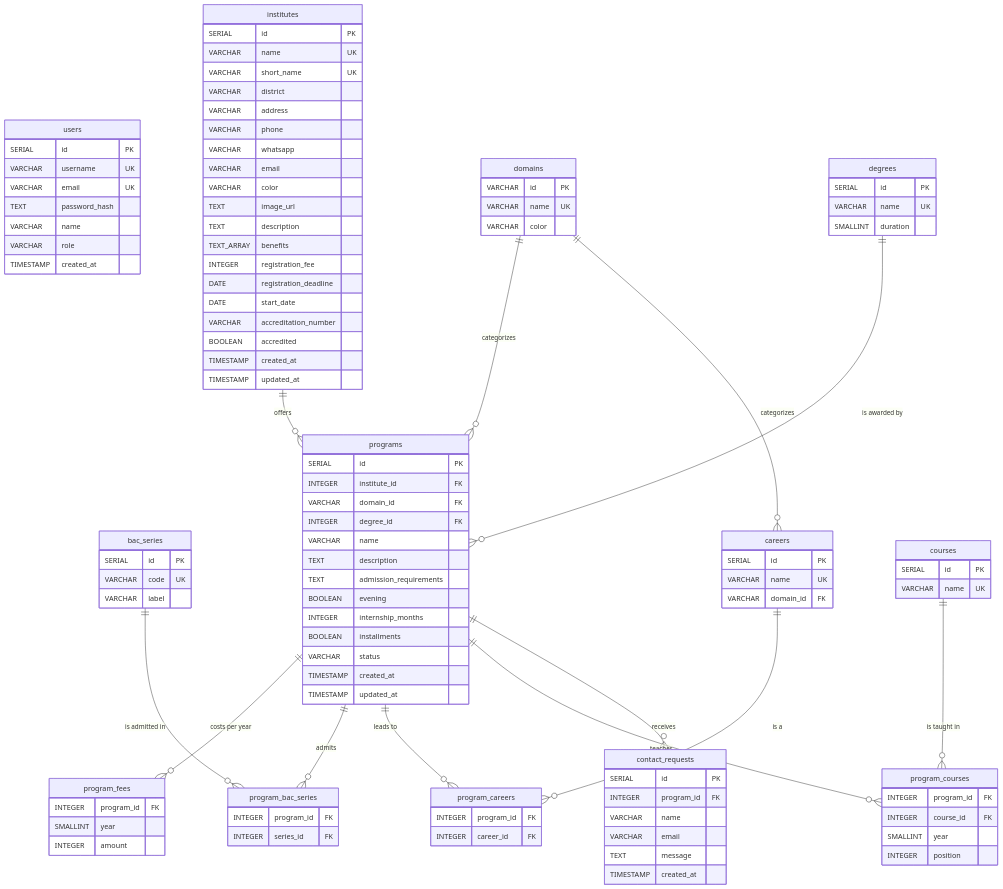
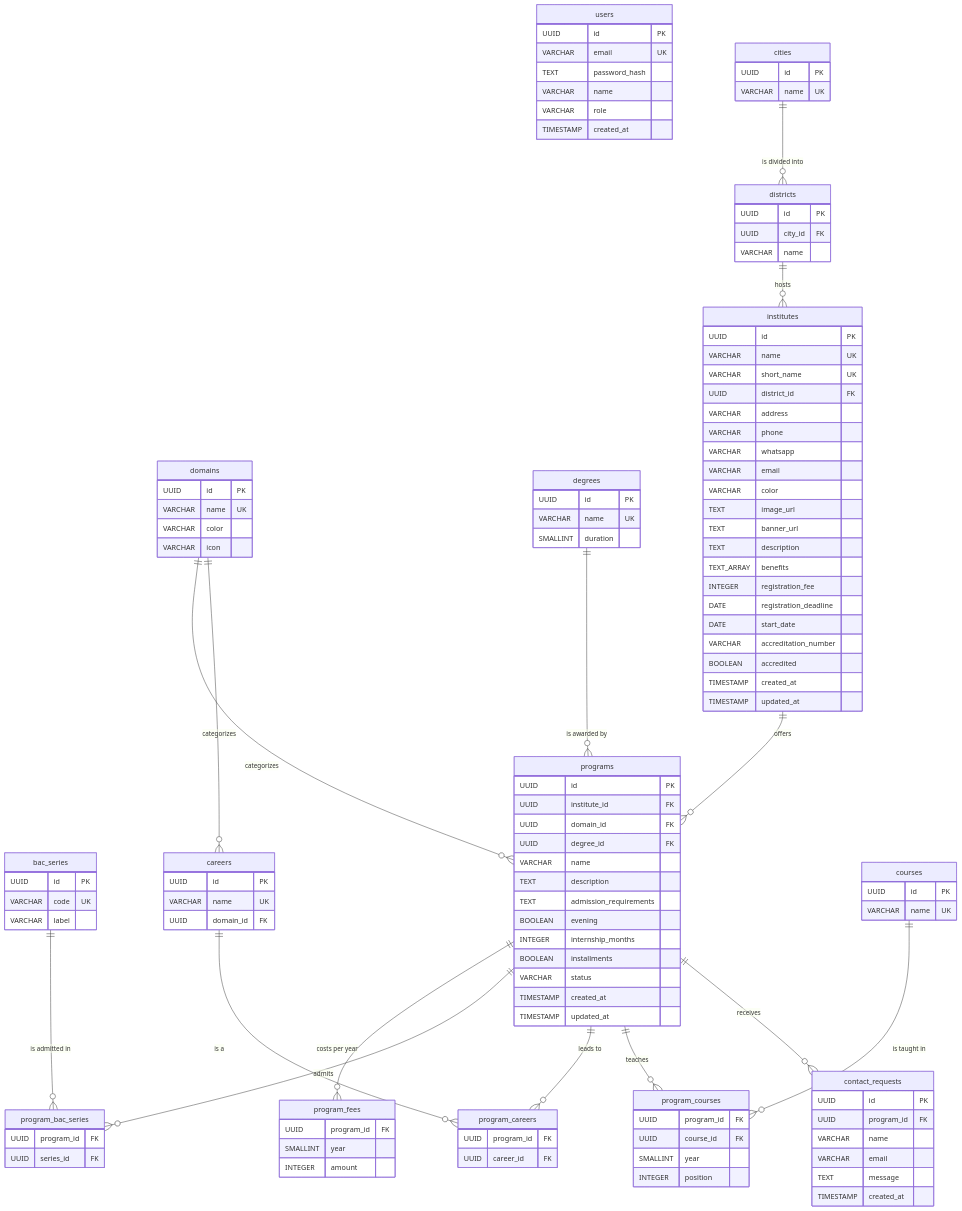
One commit to Flammeduciel/s17-squad15-orienta changed the diagram in docs/schema.md. Above: the diagram before and after it, drawn with Mermaid. The commit also changed other lines of this file and 20 other files, not shown here.

````diff
--- a/docs/schema.md
+++ b/docs/schema.md
@@ -9,8 +10,7 @@
 ```mermaid
 erDiagram
     users {
-        SERIAL id PK
-        VARCHAR username UK
+        UUID id PK
         VARCHAR email UK
         TEXT password_hash
         VARCHAR name
@@ -19,34 +19,47 @@
     }
 
     domains {
-        VARCHAR id PK
+        UUID id PK
         VARCHAR name UK
         VARCHAR color
+        VARCHAR icon
     }
 
     degrees {
-        SERIAL id PK
+        UUID id PK
         VARCHAR name UK
         SMALLINT duration
     }
 
     bac_series {
-        SERIAL id PK
+        UUID id PK
         VARCHAR code UK
         VARCHAR label
     }
 
+    cities {
+        UUID id PK
+        VARCHAR name UK
+    }
+
+    districts {
+        UUID id PK
+        UUID city_id FK
+        VARCHAR name
+    }
+
     institutes {
-        SERIAL id PK
+        UUID id PK
         VARCHAR name UK
         VARCHAR short_name UK
-        VARCHAR district
+        UUID district_id FK
         VARCHAR address
         VARCHAR phone
         VARCHAR whatsapp
         VARCHAR email
         VARCHAR color
         TEXT image_url
+        TEXT banner_url
         TEXT description
         TEXT_ARRAY benefits
         INTEGER registration_fee
@@ -59,10 +72,10 @@
     }
 
     programs {
-        SERIAL id PK
-        INTEGER institute_id FK
-        VARCHAR domain_id FK
-        INTEGER degree_id FK
+        UUID id PK
+        UUID institute_id FK
+        UUID domain_id FK
+        UUID degree_id FK
         VARCHAR name
         TEXT description
         TEXT admission_requirements
@@ -75,48 +88,50 @@
     }
 
     program_fees {
-        INTEGER program_id FK
+        UUID program_id FK
         SMALLINT year
         INTEGER amount
     }
 
     program_bac_series {
-        INTEGER program_id FK
-        INTEGER series_id FK
+        UUID program_id FK
+        UUID series_id FK
     }
 
     careers {
-        SERIAL id PK
+        UUID id PK
         VARCHAR name UK
-        VARCHAR domain_id FK
+        UUID domain_id FK
     }
 
     program_careers {
-        INTEGER program_id FK
-        INTEGER career_id FK
+        UUID program_id FK
+        UUID career_id FK
     }
 
     courses {
-        SERIAL id PK
+        UUID id PK
         VARCHAR name UK
     }
 
     program_courses {
-        INTEGER program_id FK
-        INTEGER course_id FK
+        UUID program_id FK
+        UUID course_id FK
         SMALLINT year
         INTEGER position
     }
 
     contact_requests {
-        SERIAL id PK
-        INTEGER program_id FK
+        UUID id PK
+        UUID program_id FK
         VARCHAR name
         VARCHAR email
         TEXT message
         TIMESTAMP created_at
     }
 
+    cities ||--o{ districts : "is divided into"
+    districts ||--o{ institutes : "hosts"
     institutes ||--o{ programs : "offers"
     domains ||--o{ programs : "categorizes"
     degrees ||--o{ programs : "is awarded by"
````
